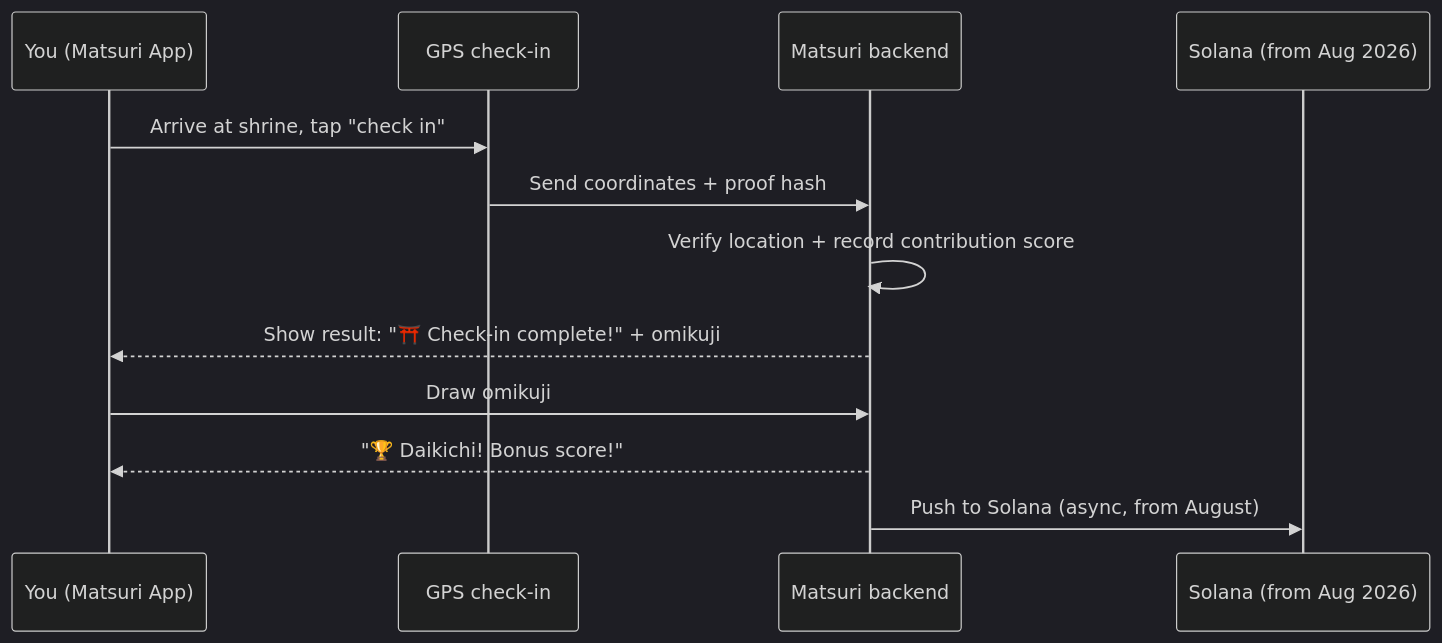
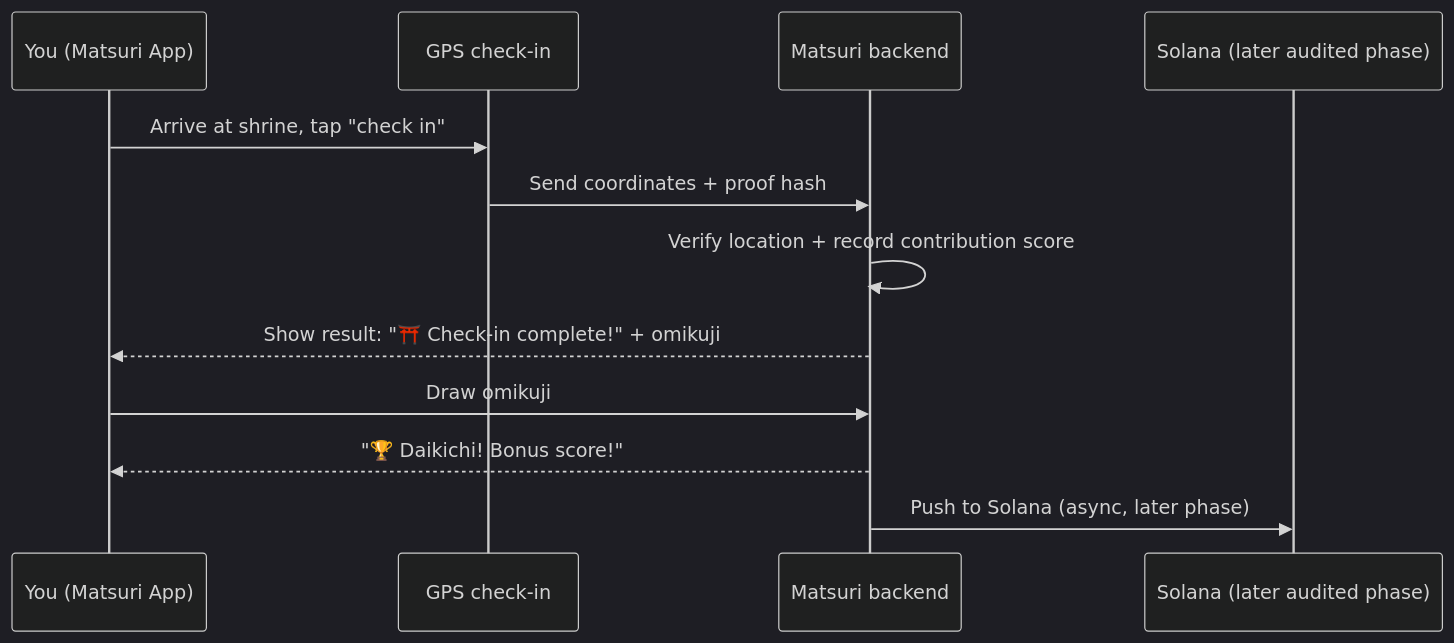
One commit to Cootakahashi/matsuri-dao-whitepaper changed the third of 4 diagrams in docs/04-mining.md. Above: the diagram before and after it, drawn with Mermaid (dark theme). The commit also changed other lines of this file and 79 other files, not shown here.

First line of the commit message:
docs: re-sequence on-chain roadmap to match the staged Hashlock audit (20 locales)

````diff
--- a/docs/04-mining.md
+++ b/docs/04-mining.md
@@ -109,15 +109,15 @@
 ```mermaid
 sequenceDiagram
     participant U as You (Matsuri App)
     participant GPS as GPS check-in
     participant API as Matsuri backend
-    participant SC as Solana (from Aug 2026)
+    participant SC as Solana (later audited phase)
 
     U->>GPS: Arrive at shrine, tap "check in"
     GPS->>API: Send coordinates + proof hash
     API->>API: Verify location + record contribution score
     API-->>U: Show result: "⛩️ Check-in complete!" + omikuji
     U->>API: Draw omikuji
     API-->>U: "🏆 Daikichi! Bonus score!"
-    API->>SC: Push to Solana (async, from August)
+    API->>SC: Push to Solana (async, later phase)
 ```
````
